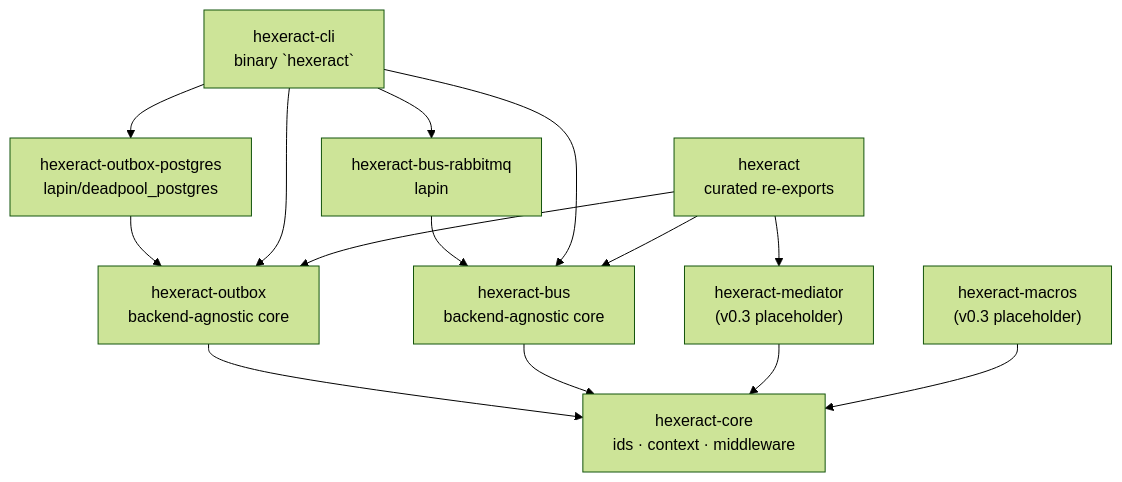
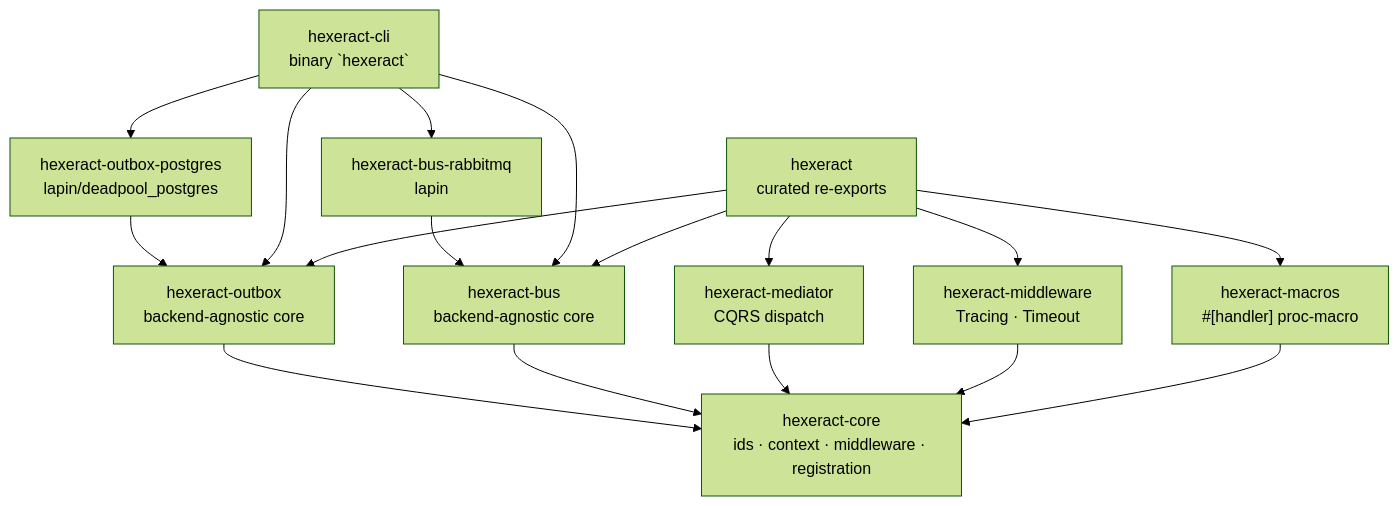
Before and after one commit to nubster-opensources/hexeract: the diagram in docs/architecture/overview.md, drawn with Mermaid (forest theme). The commit also changed other lines of this file and 7 other files, not shown here.

````diff
--- a/docs/architecture/overview.md
+++ b/docs/architecture/overview.md
@@ -7,29 +7,33 @@
 ```mermaid
 graph TD
-    core["hexeract-core<br/>ids · context · middleware"]
-    macros["hexeract-macros<br/>(v0.3 placeholder)"]
-    mediator["hexeract-mediator<br/>(v0.3 placeholder)"]
+    core["hexeract-core<br/>ids · context · middleware · registration"]
+    macros["hexeract-macros<br/>#[handler] proc-macro"]
+    mediator["hexeract-mediator<br/>CQRS dispatch"]
+    middleware["hexeract-middleware<br/>Tracing · Timeout"]
     facade["hexeract<br/>curated re-exports"]
 
     outbox["hexeract-outbox<br/>backend-agnostic core"]
     pg["hexeract-outbox-postgres<br/>lapin/deadpool_postgres"]
 
     bus["hexeract-bus<br/>backend-agnostic core"]
     rmq["hexeract-bus-rabbitmq<br/>lapin"]
 
     cli["hexeract-cli<br/>binary `hexeract`"]
 
     outbox --> core
     pg --> outbox
     bus --> core
     rmq --> bus
     cli --> outbox
     cli --> pg
     cli --> bus
     cli --> rmq
     facade --> outbox
     facade --> bus
     facade --> mediator
+    facade --> middleware
+    facade --> macros
     mediator --> core
+    middleware --> core
     macros --> core
 ```
````
